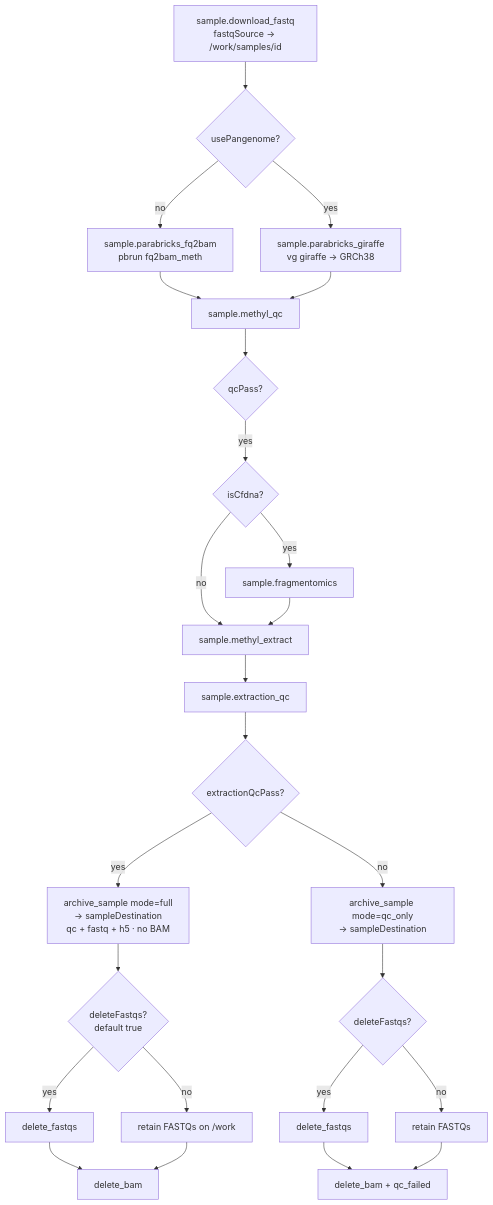
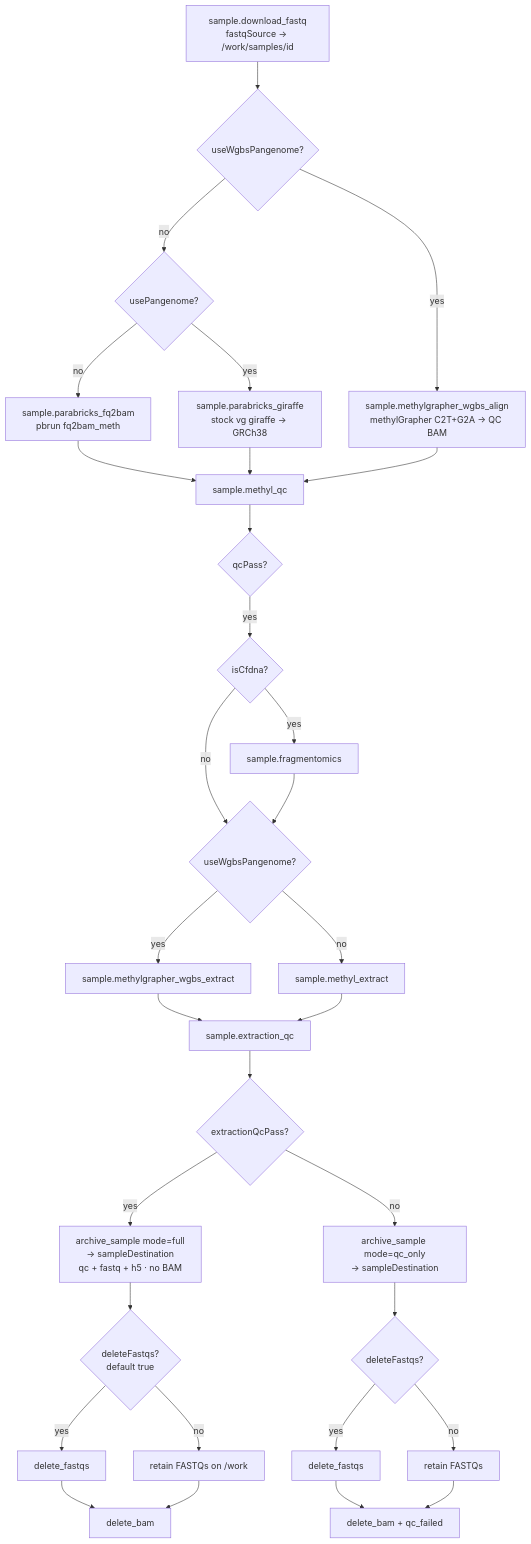
Before and after one commit to Goliath-Research/GoliathWorkflow: the sixth of 18 diagrams in docs/architecture/end-to-end-workflow.md, drawn with Mermaid. The commit also changed other lines of this file and 20 other files, not shown here.

First line of the commit message:
Enhance documentation and implementation for SamplePrep and WGBS pangenome processing

````diff
--- a/docs/architecture/end-to-end-workflow.md
+++ b/docs/architecture/end-to-end-workflow.md
@@ -152,27 +152,33 @@
 ```mermaid
 flowchart TD
-  A["sample.download_fastq<br/>fastqSource → /work/samples/id"] --> B{"usePangenome?"}
-  B -->|no| C["sample.parabricks_fq2bam<br/>pbrun fq2bam_meth"]
-  B -->|yes| D["sample.parabricks_giraffe<br/>vg giraffe → GRCh38"]
+  A["sample.download_fastq<br/>fastqSource → /work/samples/id"] --> B{"useWgbsPangenome?"}
+  B -->|yes| MG["sample.methylgrapher_wgbs_align<br/>methylGrapher C2T+G2A → QC BAM"]
+  B -->|no| B2{"usePangenome?"}
+  B2 -->|no| C["sample.parabricks_fq2bam<br/>pbrun fq2bam_meth"]
+  B2 -->|yes| D["sample.parabricks_giraffe<br/>stock vg giraffe → GRCh38"]
   C --> E["sample.methyl_qc"]
   D --> E
+  MG --> E
   E --> F{"qcPass?"}
   F -->|yes| G{"isCfdna?"}
   G -->|yes| H["sample.fragmentomics"]
-  G -->|no| I["sample.methyl_extract"]
+  G -->|no| I{"useWgbsPangenome?"}
   H --> I
-  I --> J["sample.extraction_qc"]
+  I -->|yes| IX["sample.methylgrapher_wgbs_extract"]
+  I -->|no| IY["sample.methyl_extract"]
+  IX --> J["sample.extraction_qc"]
+  IY --> J
   J --> K{"extractionQcPass?"}
   K -->|yes| L["archive_sample mode=full<br/>→ sampleDestination<br/>qc + fastq + h5 · no BAM"]
   L --> M{"deleteFastqs?<br/>default true"}
   M -->|yes| N["delete_fastqs"]
   M -->|no| O["retain FASTQs on /work"]
   N --> P["delete_bam"]
   O --> P
   K -->|no| Q["archive_sample mode=qc_only<br/>→ sampleDestination"]
   Q --> R{"deleteFastqs?"}
   R -->|yes| S["delete_fastqs"]
   R -->|no| T["retain FASTQs"]
   S --> U["delete_bam + qc_failed"]
   T --> U
 ```
````
